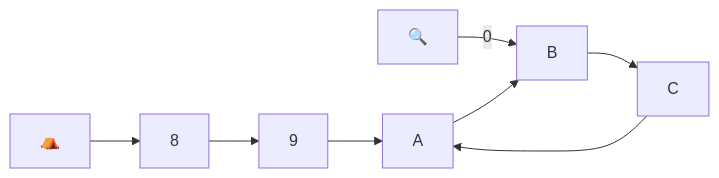
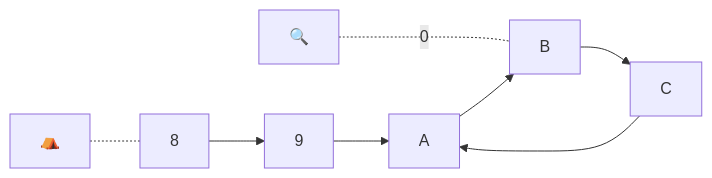
Before and after one commit to raganwald/raganwald.github.com: diagram 12 of 13 in _posts/2026-02-15-nuralagus-rex.md, drawn with Mermaid. The commit also changed other lines of this file, not shown here.

```diff
--- a/_posts/2026-02-15-nuralagus-rex.md
+++ b/_posts/2026-02-15-nuralagus-rex.md
@@ -255,15 +255,15 @@
 <div class="mermaid">
   graph LR
     
     base["⛺️"]
     search["🔍"]
     e["8"]
     f["9"]
     g["A"]
     h["B"]
     i["C"]
 
     e-->f-->g-->h-->i-->g
-    base-->e
-    search--0-->h
+    base-.-e
+    search-..-|"0"|h
 </div>
```
